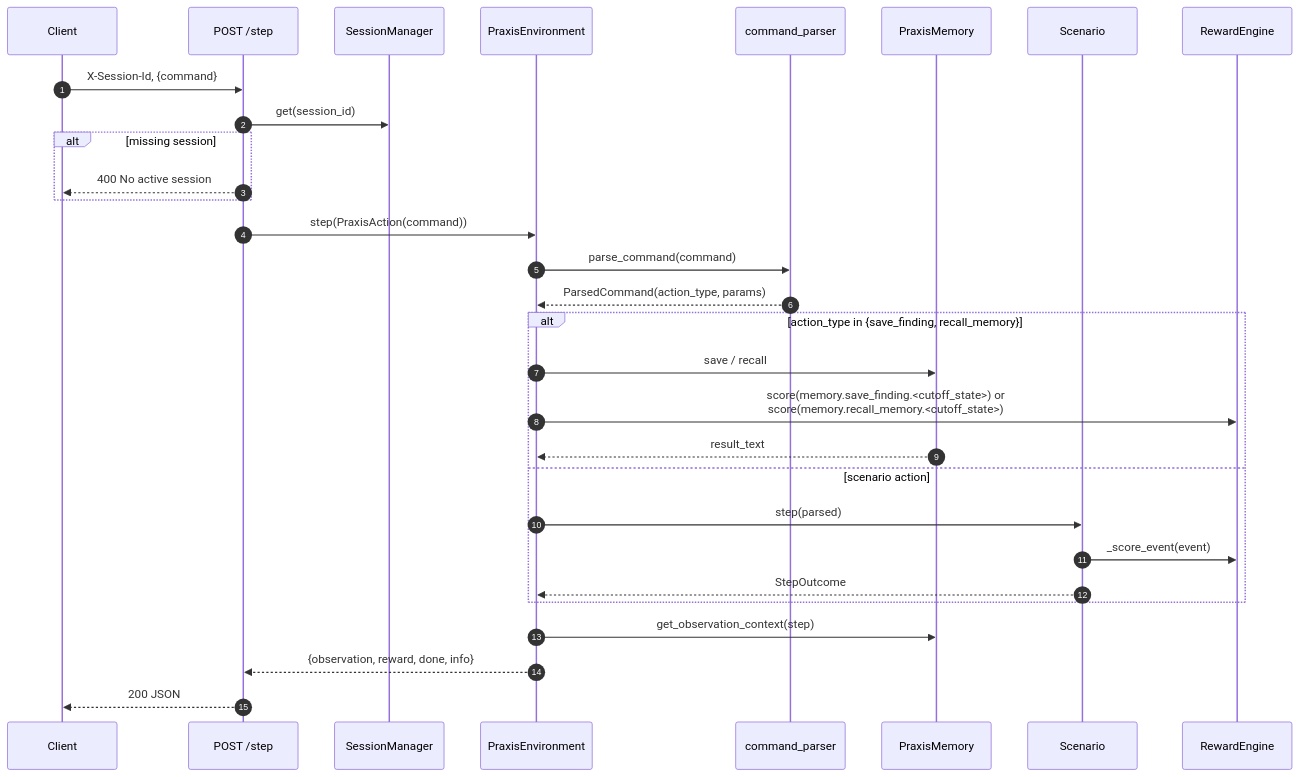
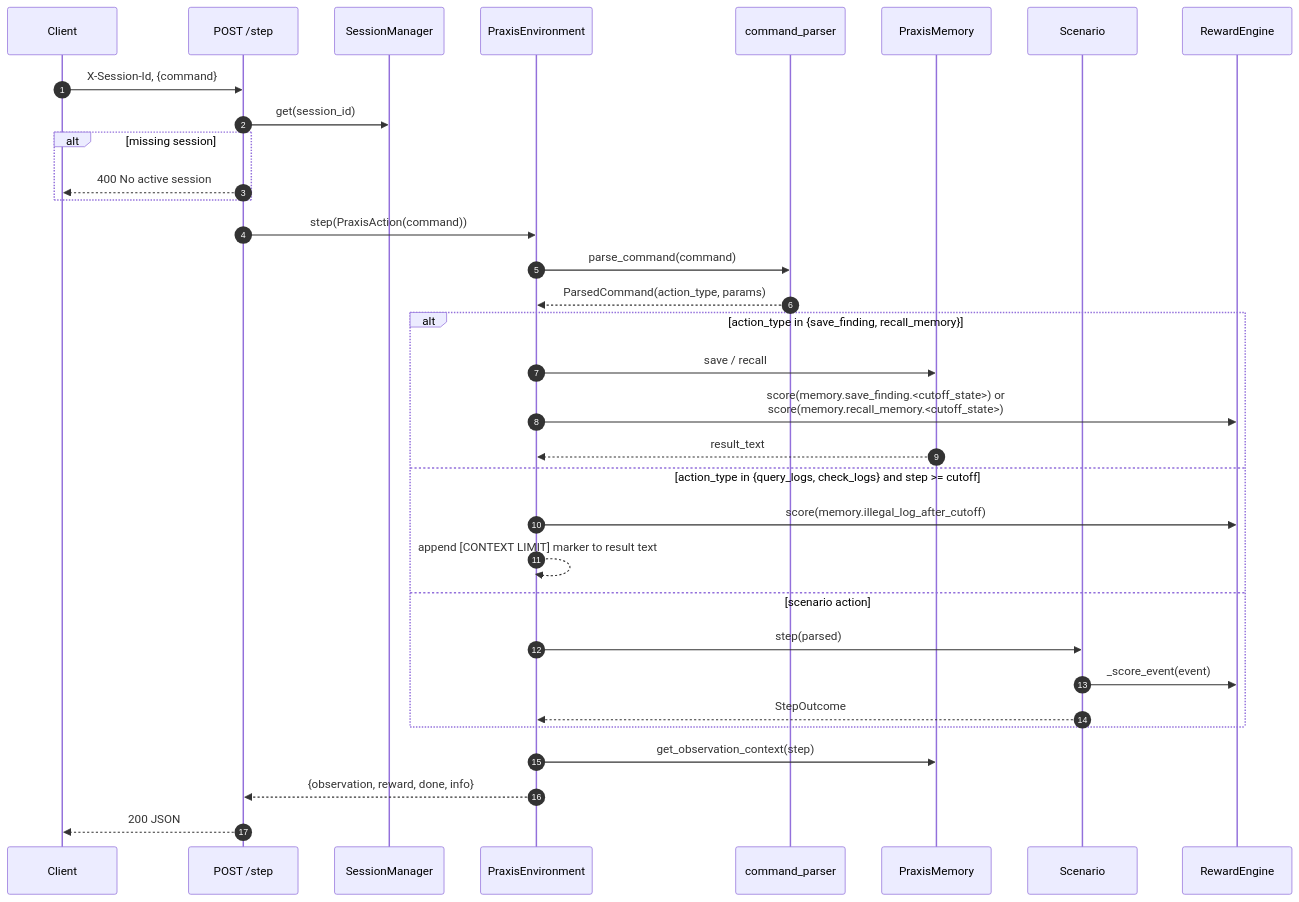
The third of 5 diagrams in idea/Plan/Architecture/DataFlow.md (Gokul287/Praxis), drawn with Mermaid before and after one commit. The commit also changed other lines of this file and 6 other files, not shown here.

First line of the commit message:
fix: integrate PraxisEnvironment memory cutoff flow

````diff
--- a/idea/Plan/Architecture/DataFlow.md
+++ b/idea/Plan/Architecture/DataFlow.md
@@ -94,35 +96,38 @@
 ```mermaid
 sequenceDiagram
     autonumber
     participant C as Client
     participant API as POST /step
     participant SM as SessionManager
     participant PE as PraxisEnvironment
     participant CP as command_parser
     participant M as PraxisMemory
     participant SC as Scenario
     participant RE as RewardEngine
 
     C->>API: X-Session-Id, {command}
     API->>SM: get(session_id)
     alt missing session
         API-->>C: 400 No active session
     end
     API->>PE: step(PraxisAction(command))
     PE->>CP: parse_command(command)
     CP-->>PE: ParsedCommand(action_type, params)
 
     alt action_type in {save_finding, recall_memory}
         PE->>M: save / recall
         PE->>RE: score(memory.save_finding.<cutoff_state>) or<br/>score(memory.recall_memory.<cutoff_state>)
         M-->>PE: result_text
+    else action_type in {query_logs, check_logs} and step >= cutoff
+        PE->>RE: score(memory.illegal_log_after_cutoff)
+        PE-->>PE: append [CONTEXT LIMIT] marker to result text
     else scenario action
         PE->>SC: step(parsed)
         SC->>RE: _score_event(event)
         SC-->>PE: StepOutcome
     end
 
     PE->>M: get_observation_context(step)
     PE-->>API: {observation, reward, done, info}
     API-->>C: 200 JSON
 ```
````
